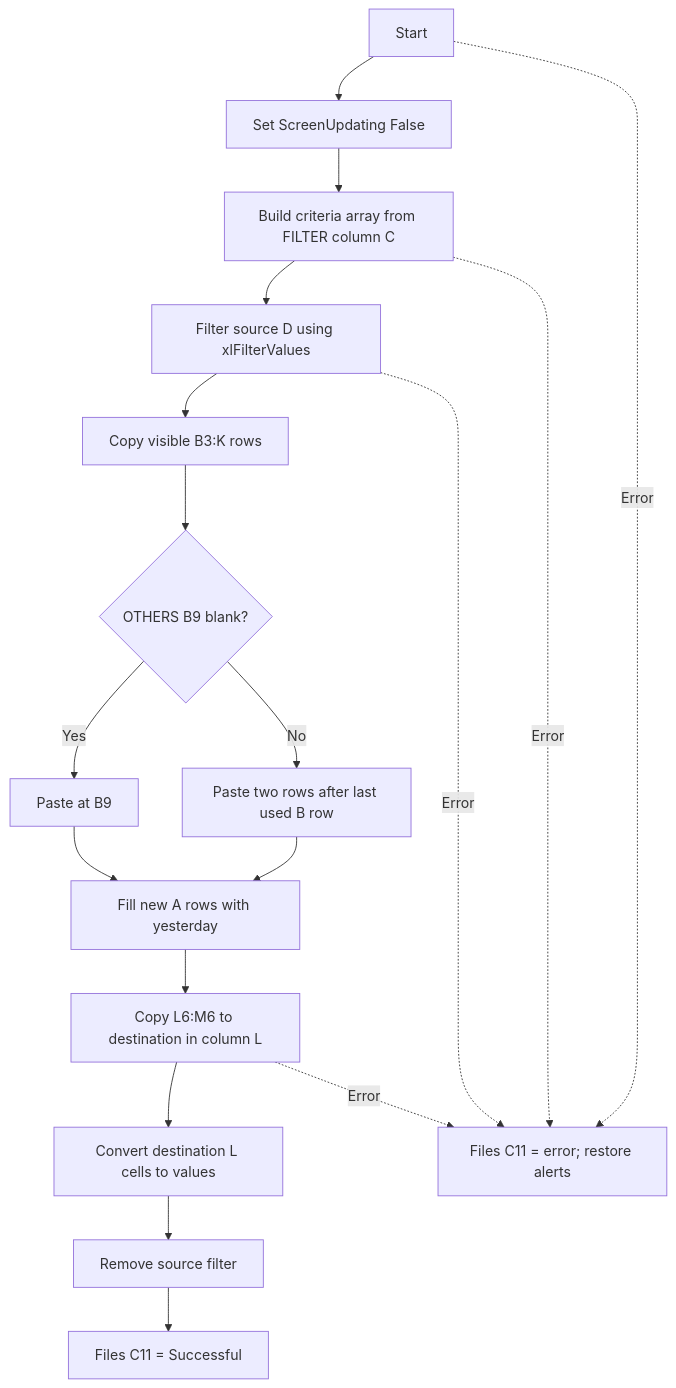
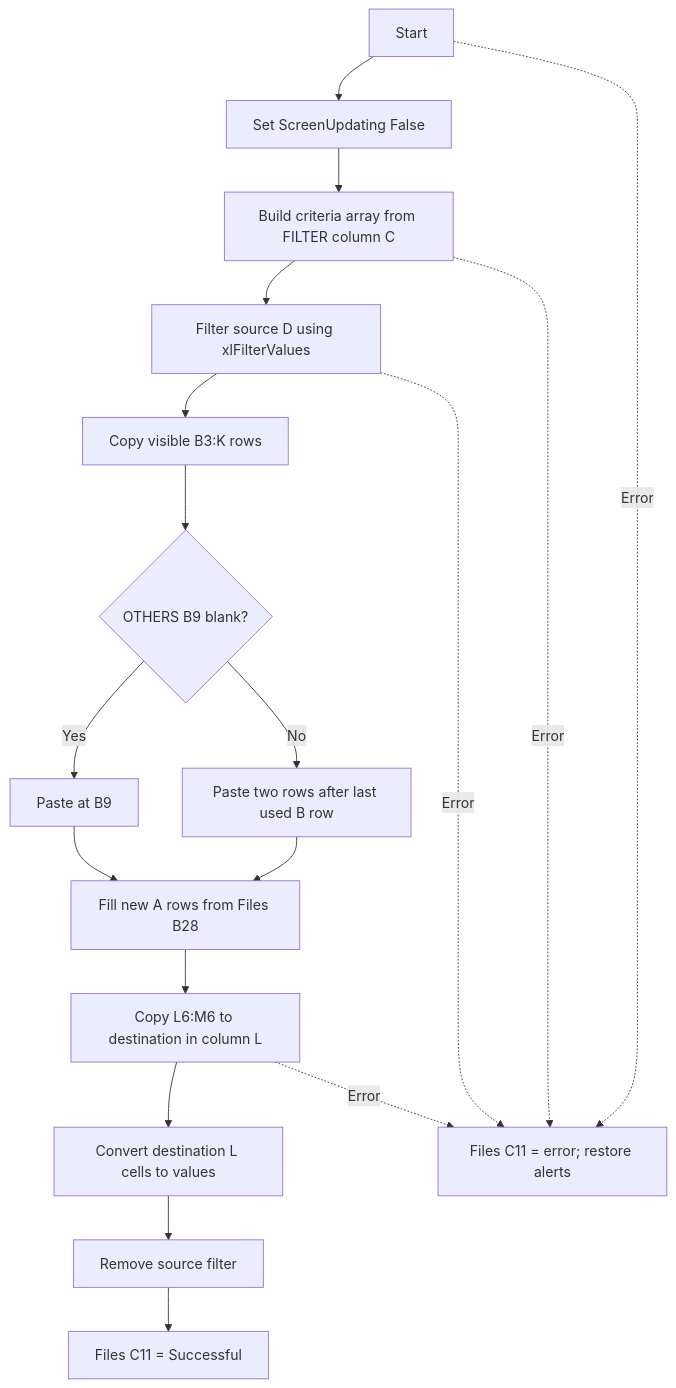
Diagram 13 of 16 in Other Comps/VBA_DOCUMENTATION.md (moonstarph23/Common-Script), drawn with Mermaid before and after one commit. The commit also changed other lines of this file and 10 other files, not shown here.

````diff
--- a/Other Comps/VBA_DOCUMENTATION.md
+++ b/Other Comps/VBA_DOCUMENTATION.md
@@ -628,20 +651,20 @@
 ```mermaid
 flowchart TD
     A["Start"] --> B["Set ScreenUpdating False"]
     B --> C["Build criteria array from FILTER column C"]
     C --> D["Filter source D using xlFilterValues"]
     D --> E["Copy visible B3:K rows"]
     E --> F{"OTHERS B9 blank?"}
     F -- "Yes" --> G["Paste at B9"]
     F -- "No" --> H["Paste two rows after last used B row"]
-    G --> I["Fill new A rows with yesterday"]
+    G --> I["Fill new A rows from Files B28"]
     H --> I
     I --> J["Copy L6:M6 to destination in column L"]
     J --> K["Convert destination L cells to values"]
     K --> L["Remove source filter"]
     L --> M["Files C11 = Successful"]
     A -. "Error" .-> X["Files C11 = error; restore alerts"]
     C -. "Error" .-> X
     D -. "Error" .-> X
     J -. "Error" .-> X
 ```
````
